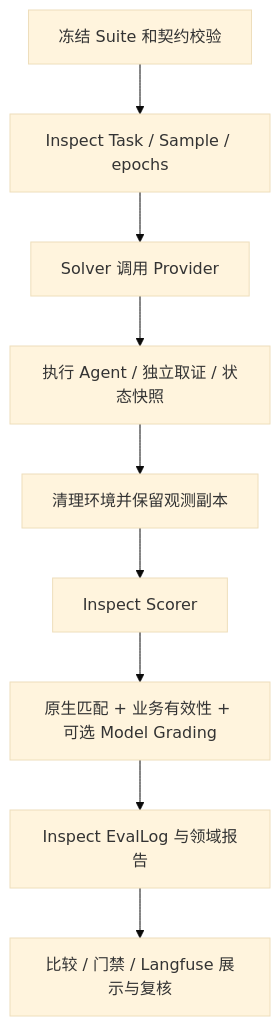
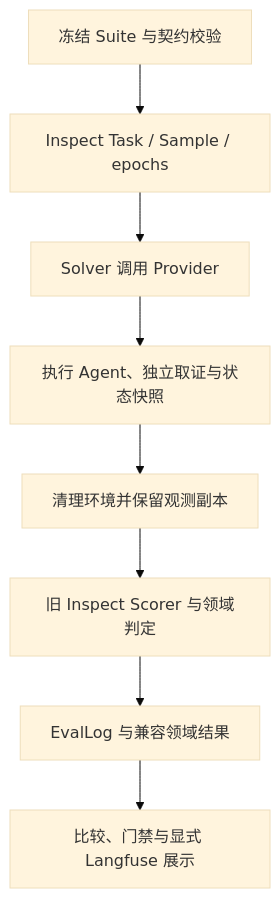
One commit to tester-yuanyu/agent_eval_harness changed the diagram in packages/evaluator/docs/inspect_engine.md. Above: the diagram before and after it, drawn with Mermaid (base theme). The commit also changed other lines of this file and 133 other files, not shown here.

````diff
--- a/packages/evaluator/docs/inspect_engine.md
+++ b/packages/evaluator/docs/inspect_engine.md
@@ -43,11 +9,10 @@
 ```mermaid
 flowchart TD
-    A[冻结 Suite 和契约校验] --> B[Inspect Task / Sample / epochs]
+    A[冻结 Suite 与契约校验] --> B[Inspect Task / Sample / epochs]
     B --> C[Solver 调用 Provider]
-    C --> D[执行 Agent / 独立取证 / 状态快照]
+    C --> D[执行 Agent、独立取证与状态快照]
     D --> E[清理环境并保留观测副本]
-    E --> F[Inspect Scorer]
-    F --> G[原生匹配 + 业务有效性 + 可选 Model Grading]
-    G --> H[Inspect EvalLog 与领域报告]
-    H --> I[比较 / 门禁 / Langfuse 展示与复核]
+    E --> F[旧 Inspect Scorer 与领域判定]
+    F --> G[EvalLog 与兼容领域结果]
+    G --> H[比较、门禁与显式 Langfuse 展示]
 ```
````
